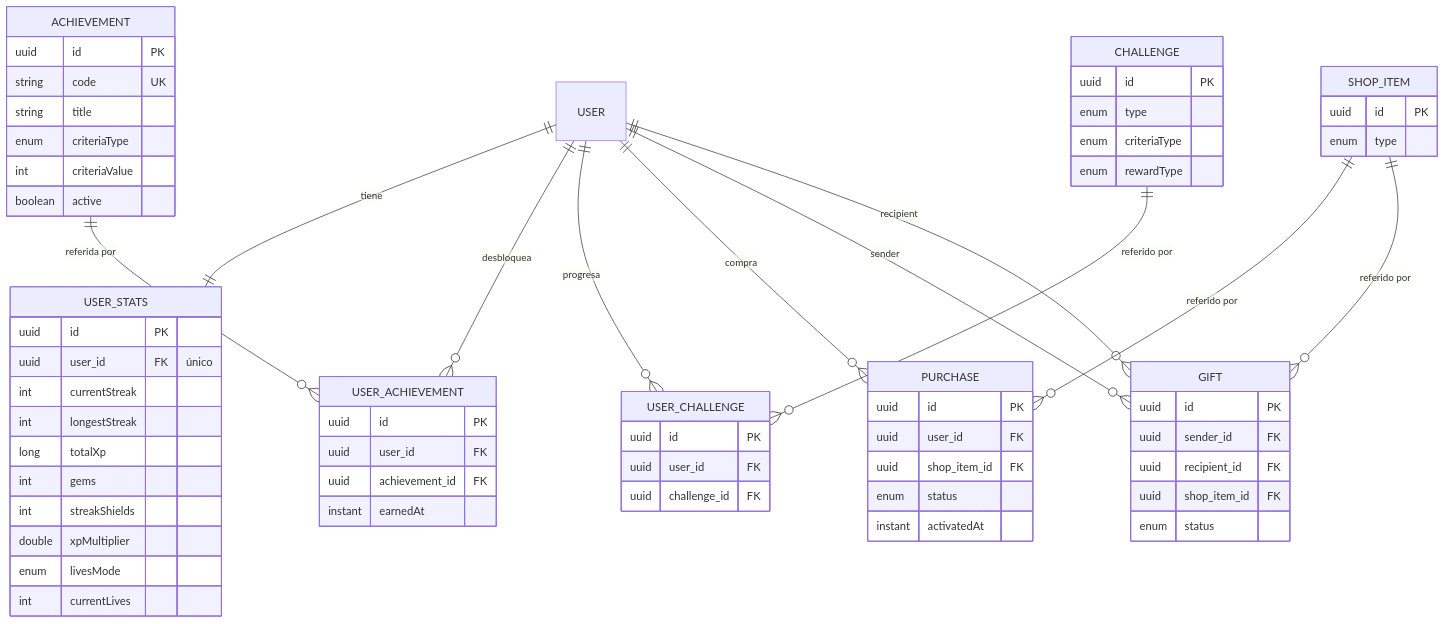
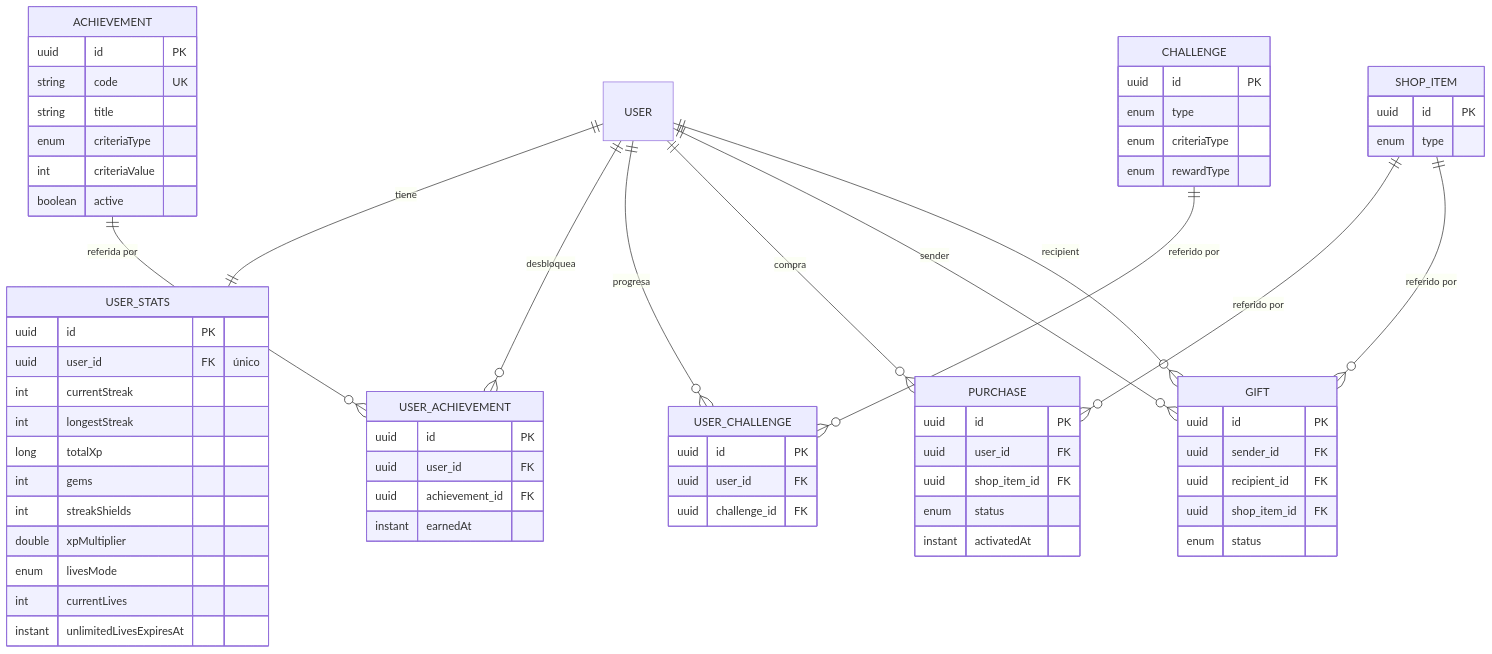
The fourth of 5 diagrams in docs/diagrams/er.md (signasource/signa-api), drawn with Mermaid before and after one commit. The commit also changed 10 other files, not shown here.

Commit message:
reduce scope to xp multiplier and unlimited lives

````diff
--- a/docs/diagrams/er.md
+++ b/docs/diagrams/er.md
@@ -134,69 +134,70 @@
 ```mermaid
 erDiagram
     USER ||--|| USER_STATS : tiene
     USER ||--o{ USER_ACHIEVEMENT : desbloquea
     USER ||--o{ USER_CHALLENGE : progresa
     USER ||--o{ PURCHASE : compra
     USER ||--o{ GIFT : "sender"
     USER ||--o{ GIFT : "recipient"
     ACHIEVEMENT ||--o{ USER_ACHIEVEMENT : "referida por"
     CHALLENGE ||--o{ USER_CHALLENGE : "referido por"
     SHOP_ITEM ||--o{ PURCHASE : "referido por"
     SHOP_ITEM ||--o{ GIFT : "referido por"
 
     USER_STATS {
         uuid id PK
         uuid user_id FK "único"
         int currentStreak
         int longestStreak
         long totalXp
         int gems
         int streakShields
         double xpMultiplier
         enum livesMode
         int currentLives
+        instant unlimitedLivesExpiresAt
     }
     ACHIEVEMENT {
         uuid id PK
         string code UK
         string title
         enum criteriaType
         int criteriaValue
         boolean active
     }
     USER_ACHIEVEMENT {
         uuid id PK
         uuid user_id FK
         uuid achievement_id FK
         instant earnedAt
     }
     CHALLENGE {
         uuid id PK
         enum type
         enum criteriaType
         enum rewardType
     }
     USER_CHALLENGE {
         uuid id PK
         uuid user_id FK
         uuid challenge_id FK
     }
     SHOP_ITEM {
         uuid id PK
         enum type
     }
     PURCHASE {
         uuid id PK
         uuid user_id FK
         uuid shop_item_id FK
         enum status
         instant activatedAt
     }
     GIFT {
         uuid id PK
         uuid sender_id FK
         uuid recipient_id FK
         uuid shop_item_id FK
         enum status
     }
 ```
````
